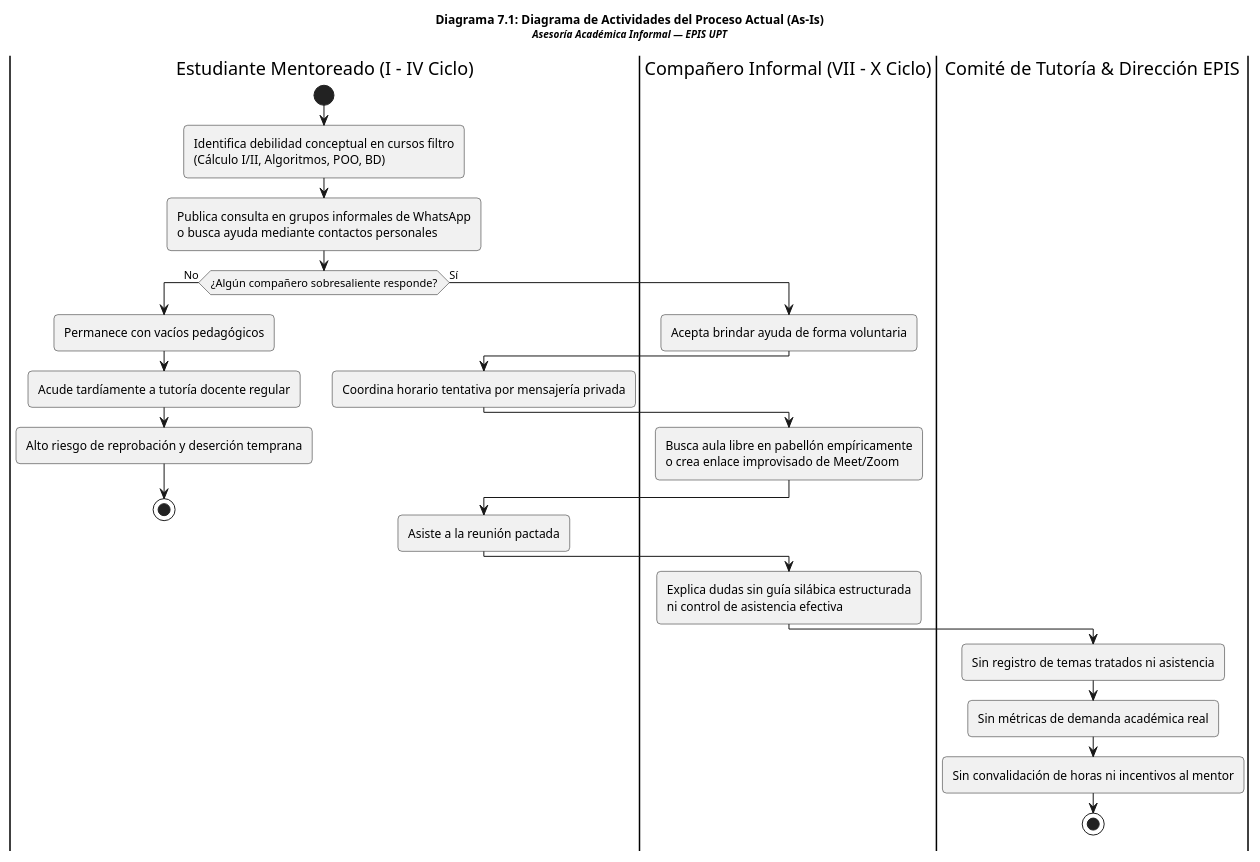
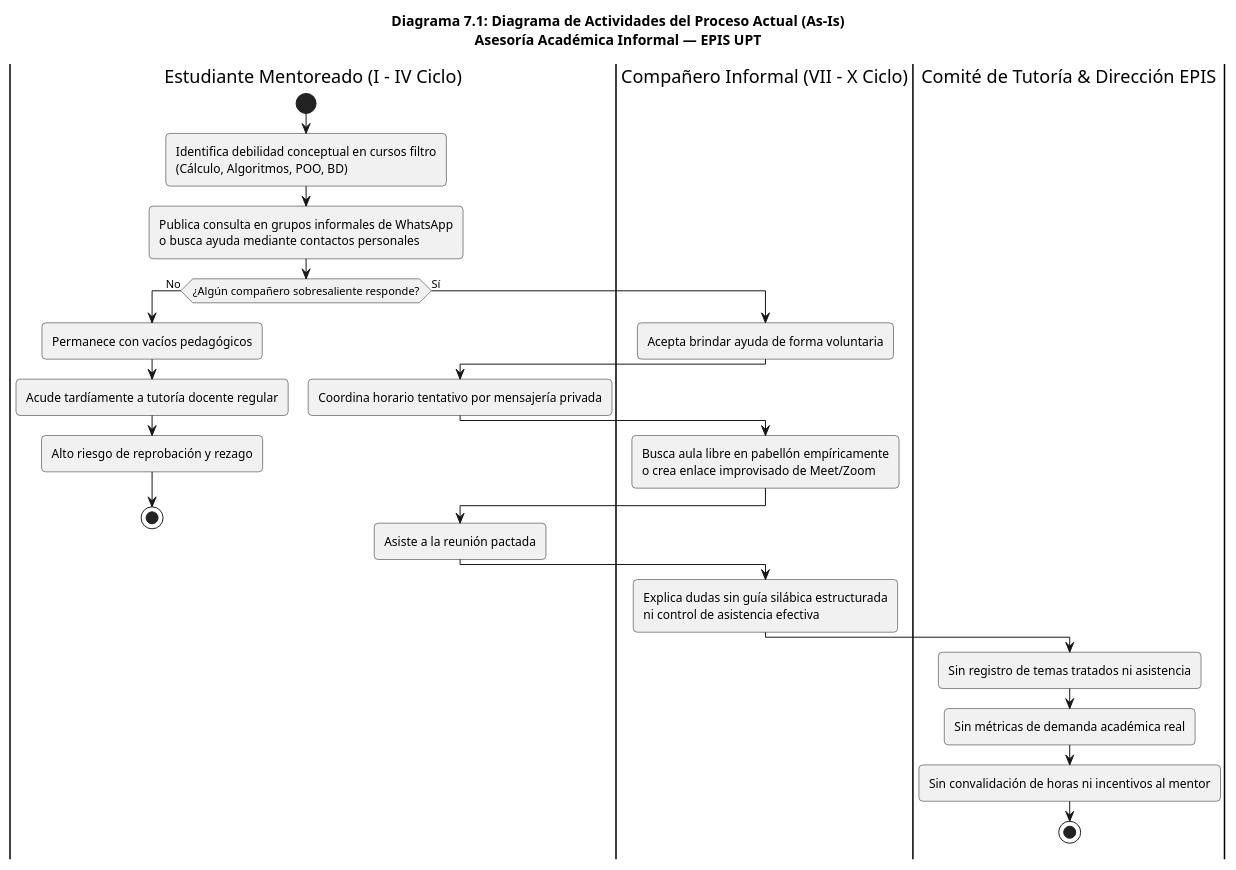
The eighth of 14 diagrams in docs/diseño/FD04-EPIS-Informe SAD de Proyecto.md (JMedina255/sistema_web_p2p), drawn with PlantUML before and after one commit. The commit also changed other lines of this file, not shown here.

````diff
--- a/docs/diseño/FD04-EPIS-Informe SAD de Proyecto.md
+++ b/docs/diseño/FD04-EPIS-Informe SAD de Proyecto.md
@@ -973,42 +984,42 @@
 ```plantuml
 @startuml
-title <size:12><b>Diagrama 7.1: Diagrama de Actividades del Proceso Actual (As-Is)</b></size>\n<size:10><i>Asesoría Académica Informal — EPIS UPT</i></size>
+title Diagrama 7.1: Diagrama de Actividades del Proceso Actual (As-Is)\nAsesoría Académica Informal — EPIS UPT
 
 skinparam shadowing false
 skinparam roundcorner 8
 skinparam defaultFontName Arial
 skinparam fontSize 10
 
 |Estudiante Mentoreado (I - IV Ciclo)|
 start
-:Identifica debilidad conceptual en cursos filtro\n(Cálculo I/II, Algoritmos, POO, BD);
+:Identifica debilidad conceptual en cursos filtro\n(Cálculo, Algoritmos, POO, BD);
 :Publica consulta en grupos informales de WhatsApp\no busca ayuda mediante contactos personales;
 
 if (¿Algún compañero sobresaliente responde?) then (No)
   :Permanece con vacíos pedagógicos;
   :Acude tardíamente a tutoría docente regular;
-  :Alto riesgo de reprobación y deserción temprana;
+  :Alto riesgo de reprobación y rezago;
   stop
 else (Sí)
   |Compañero Informal (VII - X Ciclo)|
   :Acepta brindar ayuda de forma voluntaria;
   |Estudiante Mentoreado (I - IV Ciclo)|
-  :Coordina horario tentativa por mensajería privada;
+  :Coordina horario tentativo por mensajería privada;
 
   |Compañero Informal (VII - X Ciclo)|
   :Busca aula libre en pabellón empíricamente\no crea enlace improvisado de Meet/Zoom;
 
   |Estudiante Mentoreado (I - IV Ciclo)|
   :Asiste a la reunión pactada;
 
   |Compañero Informal (VII - X Ciclo)|
   :Explica dudas sin guía silábica estructurada\nni control de asistencia efectiva;
 
   |Comité de Tutoría & Dirección EPIS|
   :Sin registro de temas tratados ni asistencia;
   :Sin métricas de demanda académica real;
   :Sin convalidación de horas ni incentivos al mentor;
   stop
 endif
 @enduml
 ```
````
